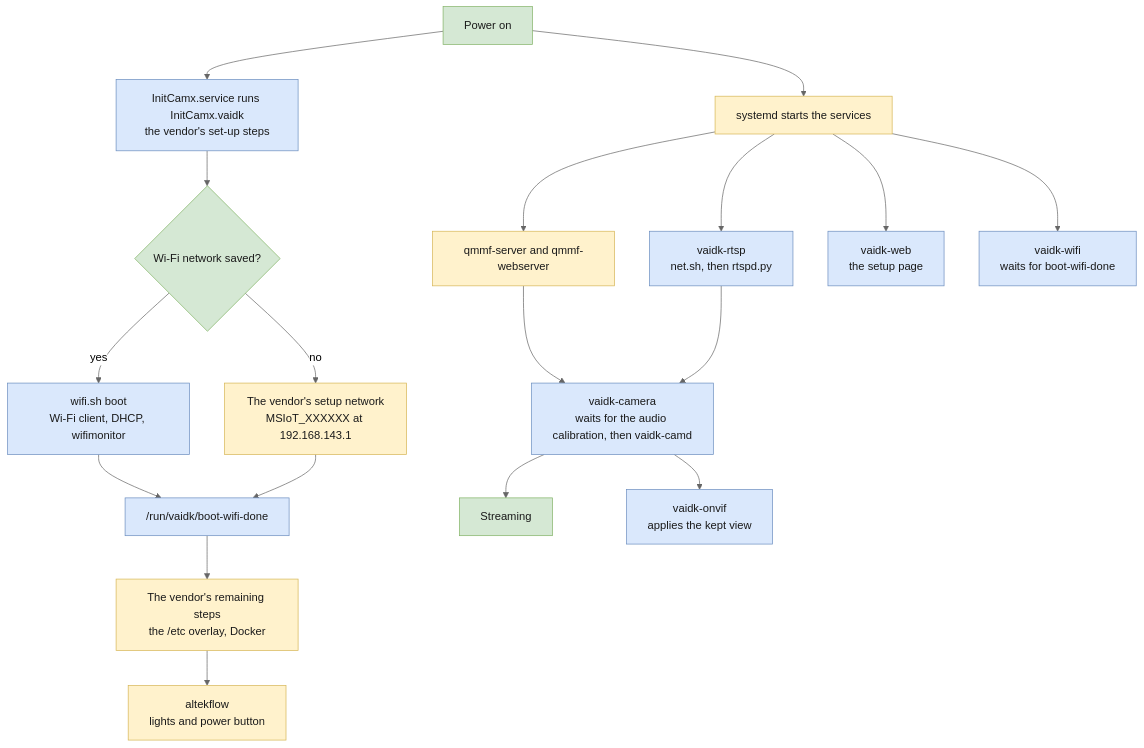
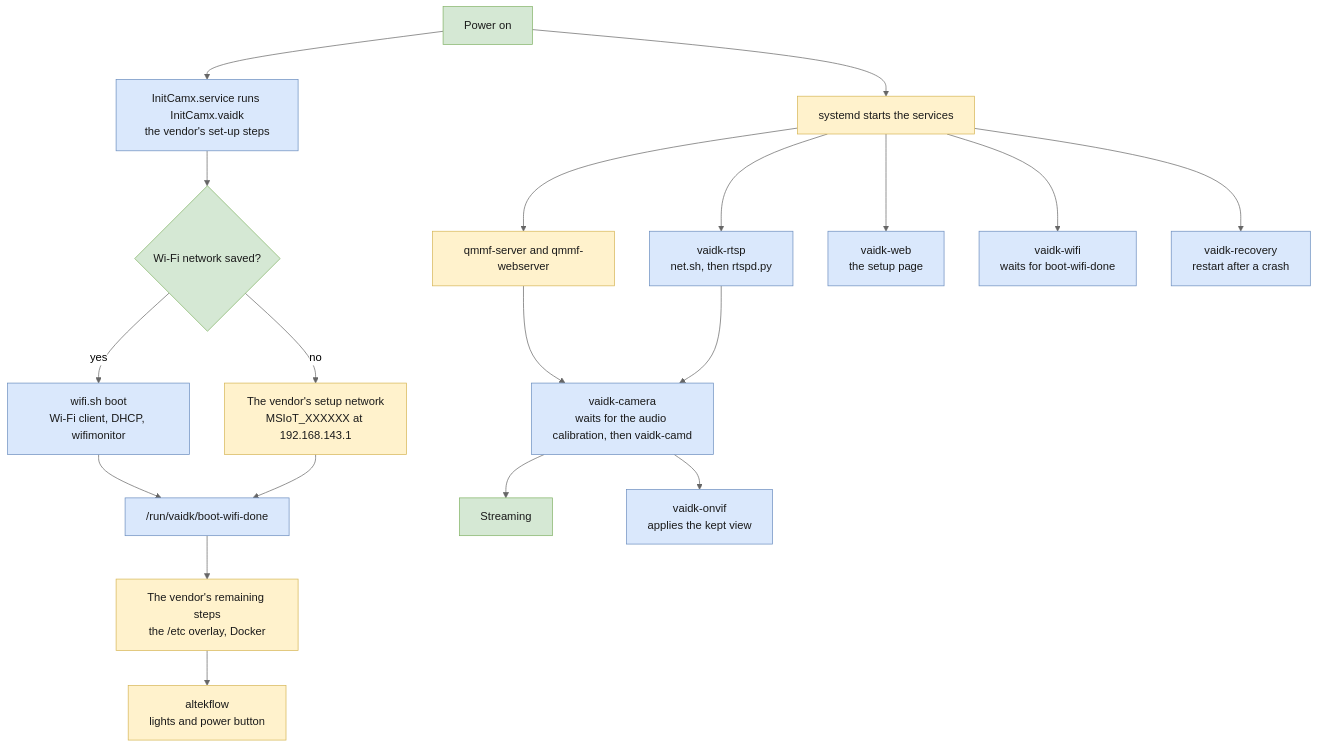
One commit to howardginsburg/VisionAIDevKitRTSP changed the seventh of 9 diagrams in ARCHITECTURE.md. Above: the diagram before and after it, drawn with Mermaid (neutral theme). The commit also changed other lines of this file and 9 other files, not shown here.

First line of the commit message:
Restart the camera by itself after a kernel crash

````diff
--- a/ARCHITECTURE.md
+++ b/ARCHITECTURE.md
@@ -306,26 +308,27 @@
 ```mermaid
 flowchart TB
     power["Power on"] --> init["InitCamx.service runs InitCamx.vaidk<br/>the vendor's set-up steps"]
     init --> saved{"Wi-Fi network saved?"}
     saved -- "yes" --> join["wifi.sh boot<br/>Wi-Fi client, DHCP, wifimonitor"]
     saved -- "no" --> ap["The vendor's setup network<br/>MSIoT_XXXXXX at 192.168.143.1"]
     join --> done["/run/vaidk/boot-wifi-done"]
     ap --> done
     done --> rest["The vendor's remaining steps<br/>the /etc overlay, Docker"]
     rest --> altek["altekflow<br/>lights and power button"]
     power --> svc["systemd starts the services"]
     svc --> qmmf["qmmf-server and qmmf-webserver"]
     svc --> rtsp["vaidk-rtsp<br/>net.sh, then rtspd.py"]
     svc --> web["vaidk-web<br/>the setup page"]
     svc --> watch["vaidk-wifi<br/>waits for boot-wifi-done"]
+    svc --> recovery["vaidk-recovery<br/>restart after a crash"]
     qmmf --> cam["vaidk-camera<br/>waits for the audio calibration, then vaidk-camd"]
     rtsp --> cam
     cam --> streaming["Streaming"]
     cam --> onvif["vaidk-onvif<br/>applies the kept view"]
     classDef mod fill:#dae8fc,stroke:#6c8ebf,color:#1a1a1a
     classDef os fill:#fff2cc,stroke:#d6b656,color:#1a1a1a
     classDef use fill:#d5e8d4,stroke:#82b366,color:#1a1a1a
-    class init,join,done,rtsp,web,watch,cam,onvif mod
+    class init,join,done,rtsp,web,watch,recovery,cam,onvif mod
     class ap,rest,altek,svc,qmmf os
     class power,saved,streaming use
 ```
````
